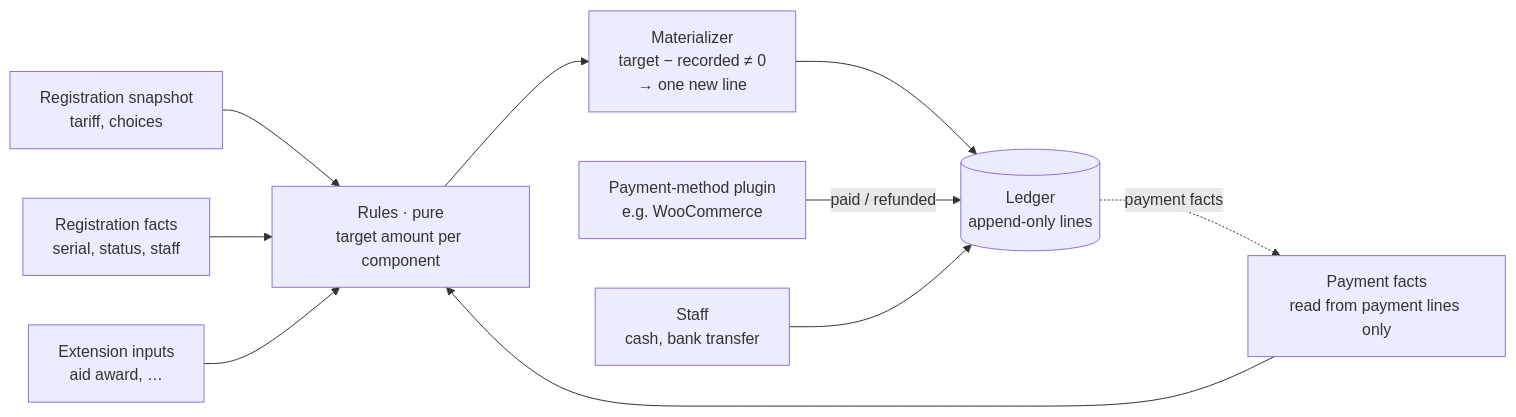
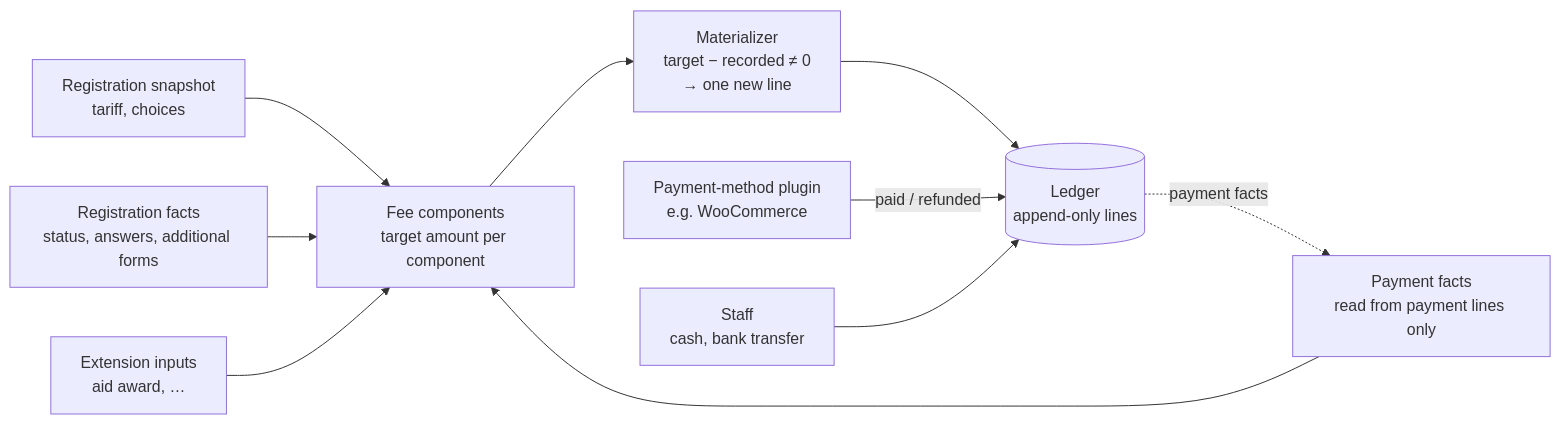
Before and after one commit to reformatus/kalaka: the fifth of 7 diagrams in docs/architecture.md, drawn with Mermaid. The commit also changed other lines of this file, not shown here.

First line of the commit message:
Architecture: update to decisions D-039 to D-077

````diff
--- a/docs/architecture.md
+++ b/docs/architecture.md
@@ -244,12 +365,12 @@
 ```mermaid
 flowchart LR
   S["Registration snapshot<br/>tariff, choices"] --> R
-  F["Registration facts<br/>serial, status, staff"] --> R
+  F["Registration facts<br/>status, answers, additional forms"] --> R
   X["Extension inputs<br/>aid award, …"] --> R
   PF["Payment facts<br/>read from payment lines only"] --> R
-  R["Rules · pure<br/>target amount per component"] --> MZ["Materializer<br/>target − recorded ≠ 0<br/>→ one new line"]
+  R["Fee components<br/>target amount per component"] --> MZ["Materializer<br/>target − recorded ≠ 0<br/>→ one new line"]
   MZ --> L[("Ledger<br/>append-only lines")]
   PM["Payment-method plugin<br/>e.g. WooCommerce"] -->|"paid / refunded"| L
   ST["Staff<br/>cash, bank transfer"] --> L
   L -. "payment facts" .-> PF
 ```
````
